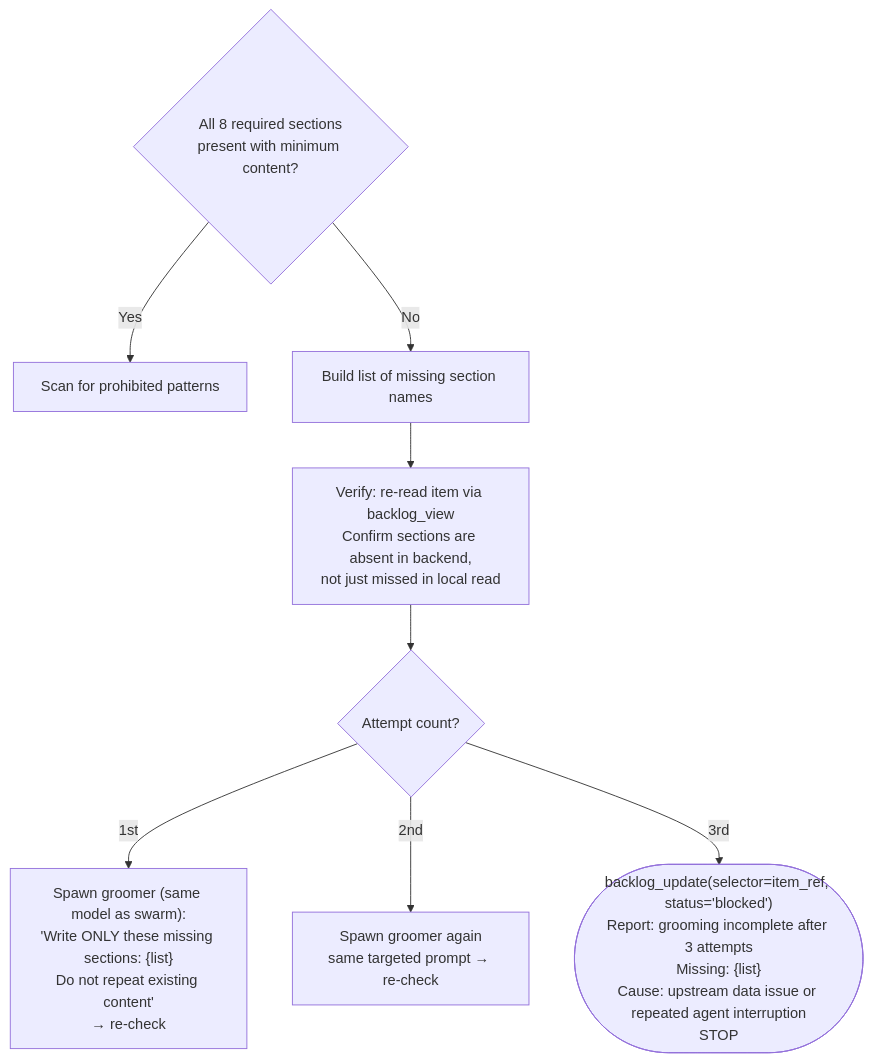
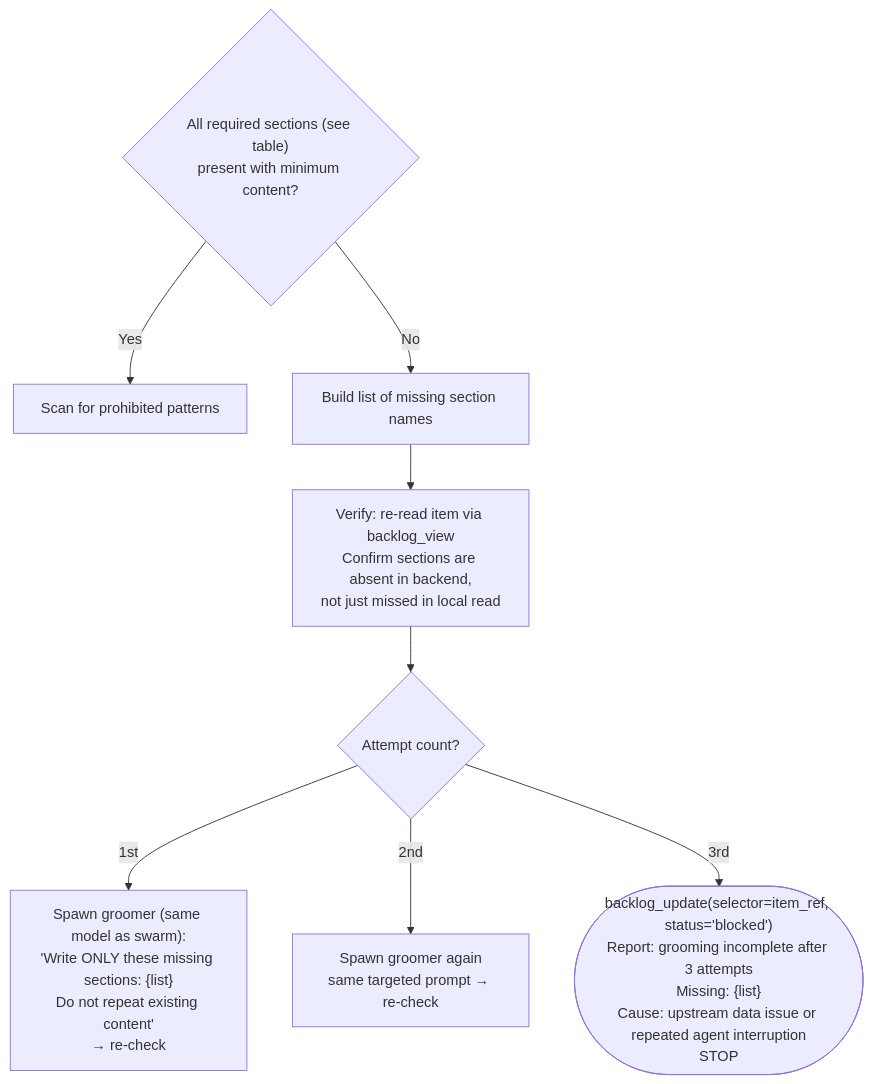
The second of 2 diagrams in plugins/development-harness/skills/work-backlog-item/references/workflows/groom/finalize.md (chgreer1070/claude_skills), drawn with Mermaid before and after one commit. The commit also changed other lines of this file and 9 other files, not shown here.

````diff
--- a/plugins/development-harness/skills/work-backlog-item/references/workflows/groom/finalize.md
+++ b/plugins/development-harness/skills/work-backlog-item/references/workflows/groom/finalize.md
@@ -118,11 +118,11 @@
 ```mermaid
 flowchart TD
-    Check{"All 8 required sections<br>present with minimum content?"}
+    Check{"All required sections (see table)<br>present with minimum content?"}
     Check -->|Yes| ScopeCheck["Scan for prohibited patterns"]
     Check -->|No| Missing["Build list of missing section names"]
     Missing --> Verify["Verify: re-read item via backlog_view<br>Confirm sections are absent in backend,<br>not just missed in local read"]
     Verify --> A1{"Attempt count?"}
     A1 -->|"1st"| R1["Spawn groomer (same model as swarm):<br>'Write ONLY these missing sections: {list}<br>Do not repeat existing content'<br>→ re-check"]
     A1 -->|"2nd"| R2["Spawn groomer again<br>same targeted prompt → re-check"]
     A1 -->|"3rd"| Blocked(["backlog_update(selector=item_ref, status='blocked')<br>Report: grooming incomplete after 3 attempts<br>Missing: {list}<br>Cause: upstream data issue or repeated agent interruption<br>STOP"])
 ```
````
